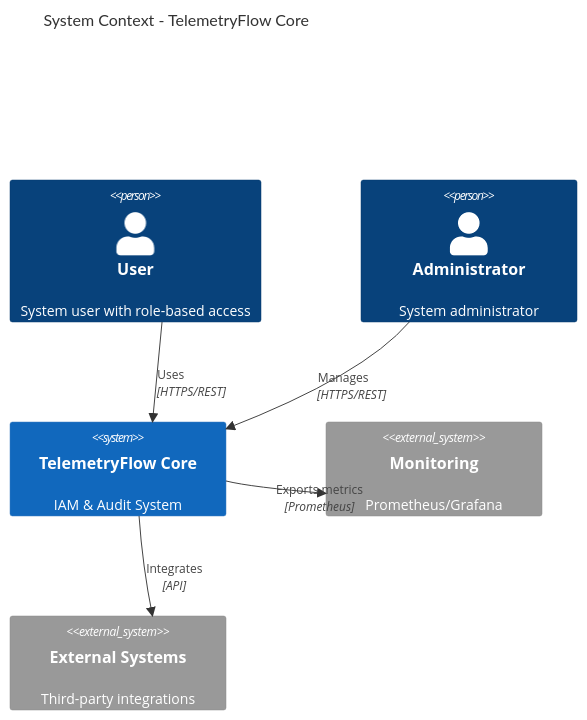
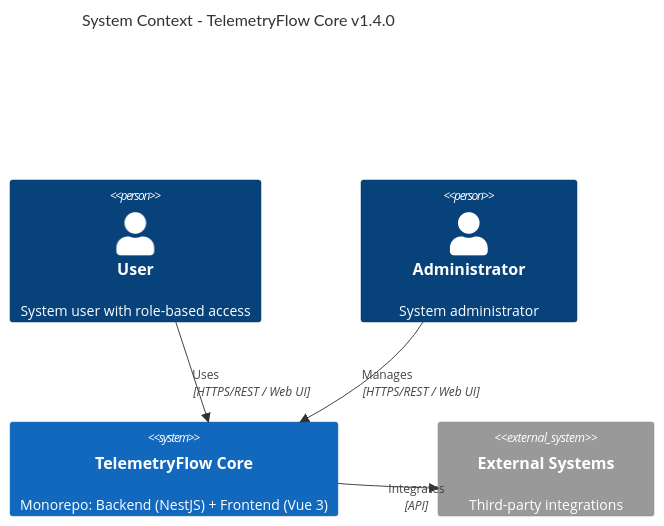
Before and after one commit to telemetryflow/telemetryflow-core: the first of 14 diagrams in docs/ARCHITECTURE_DIAGRAMS.md, drawn with Mermaid. The commit also changed other lines of this file and 2428 other files, not shown here.

Commit message:
feat: Update TFO-Core v1.4.0 Monorepo

````diff
--- a/docs/ARCHITECTURE_DIAGRAMS.md
+++ b/docs/ARCHITECTURE_DIAGRAMS.md
@@ -21,17 +21,15 @@
 ```mermaid
 C4Context
-    title System Context - TelemetryFlow Core
+    title System Context - TelemetryFlow Core v1.4.0
 
     Person(user, "User", "System user with role-based access")
     Person(admin, "Administrator", "System administrator")
 
-    System(core, "TelemetryFlow Core", "IAM & Audit System")
+    System(core, "TelemetryFlow Core", "Monorepo: Backend (NestJS) + Frontend (Vue 3)")
 
-    System_Ext(monitoring, "Monitoring", "Prometheus/Grafana")
     System_Ext(external, "External Systems", "Third-party integrations")
 
-    Rel(user, core, "Uses", "HTTPS/REST")
-    Rel(admin, core, "Manages", "HTTPS/REST")
-    Rel(core, monitoring, "Exports metrics", "Prometheus")
+    Rel(user, core, "Uses", "HTTPS/REST / Web UI")
+    Rel(admin, core, "Manages", "HTTPS/REST / Web UI")
     Rel(core, external, "Integrates", "API")
 ```
````
